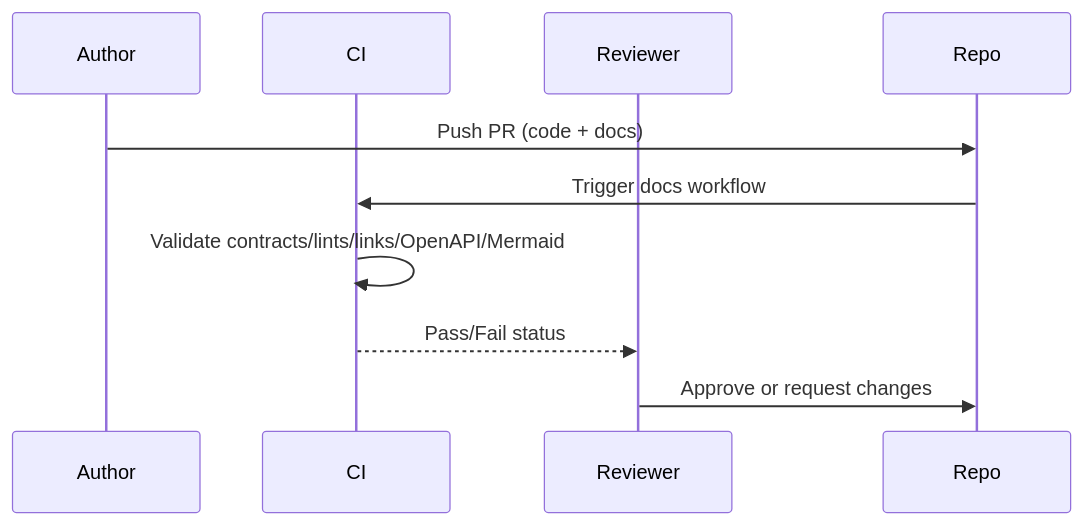
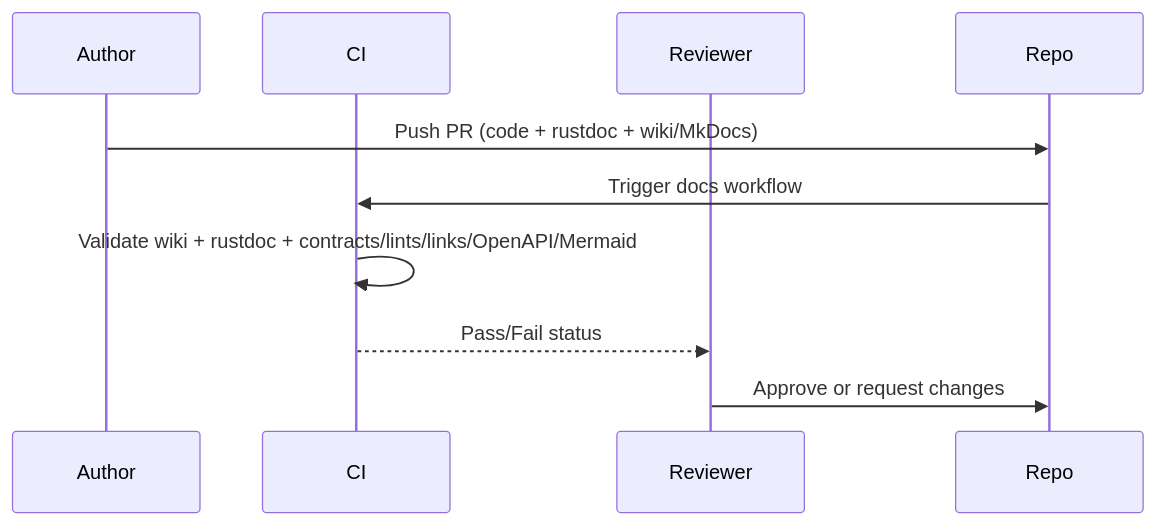
The diagram in docs/sop/documentation-system-sop.md (justinrayshort/os), drawn with Mermaid before and after one commit. The commit also changed other lines of this file and 37 other files, not shown here.

````diff
--- a/docs/sop/documentation-system-sop.md
+++ b/docs/sop/documentation-system-sop.md
@@ -93,12 +98,12 @@
 ```mermaid
 sequenceDiagram
   participant Author
   participant CI
   participant Reviewer
   participant Repo
-  Author->>Repo: Push PR (code + docs)
+  Author->>Repo: Push PR (code + rustdoc + wiki/MkDocs)
   Repo->>CI: Trigger docs workflow
-  CI->>CI: Validate contracts/lints/links/OpenAPI/Mermaid
+  CI->>CI: Validate wiki + rustdoc + contracts/lints/links/OpenAPI/Mermaid
   CI-->>Reviewer: Pass/Fail status
   Reviewer->>Repo: Approve or request changes
 ```
````
